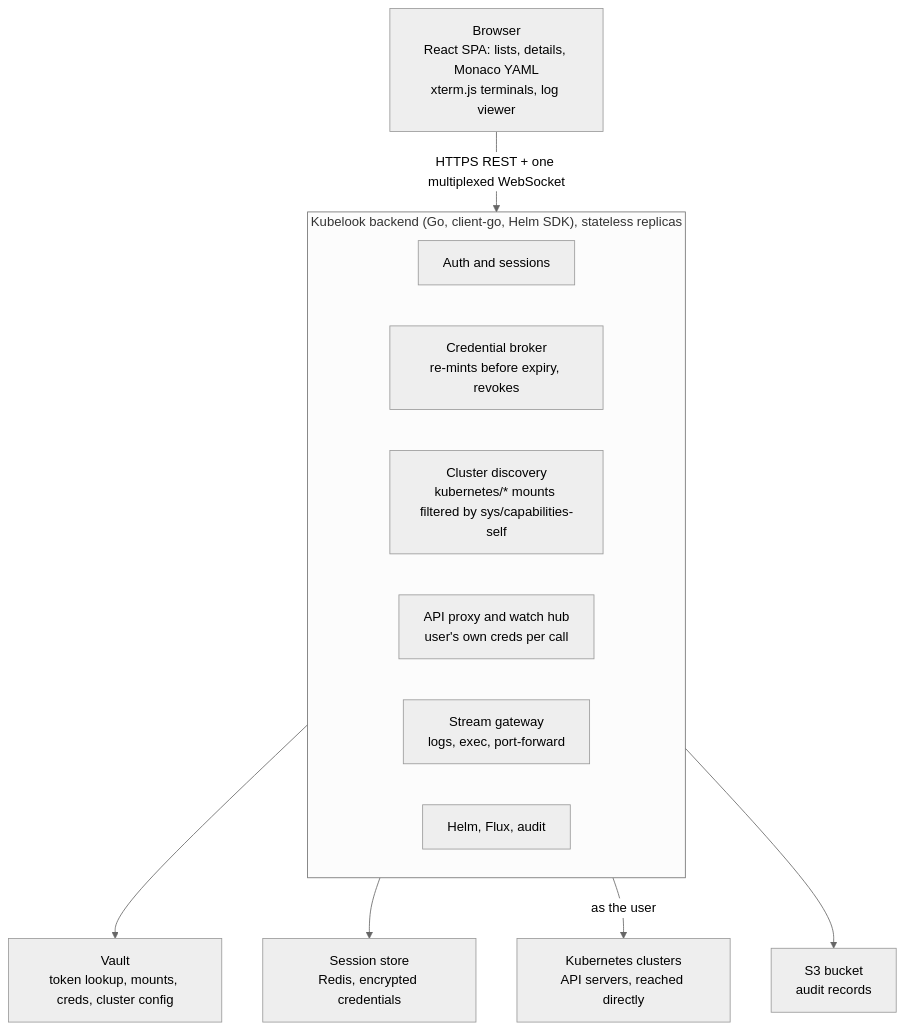
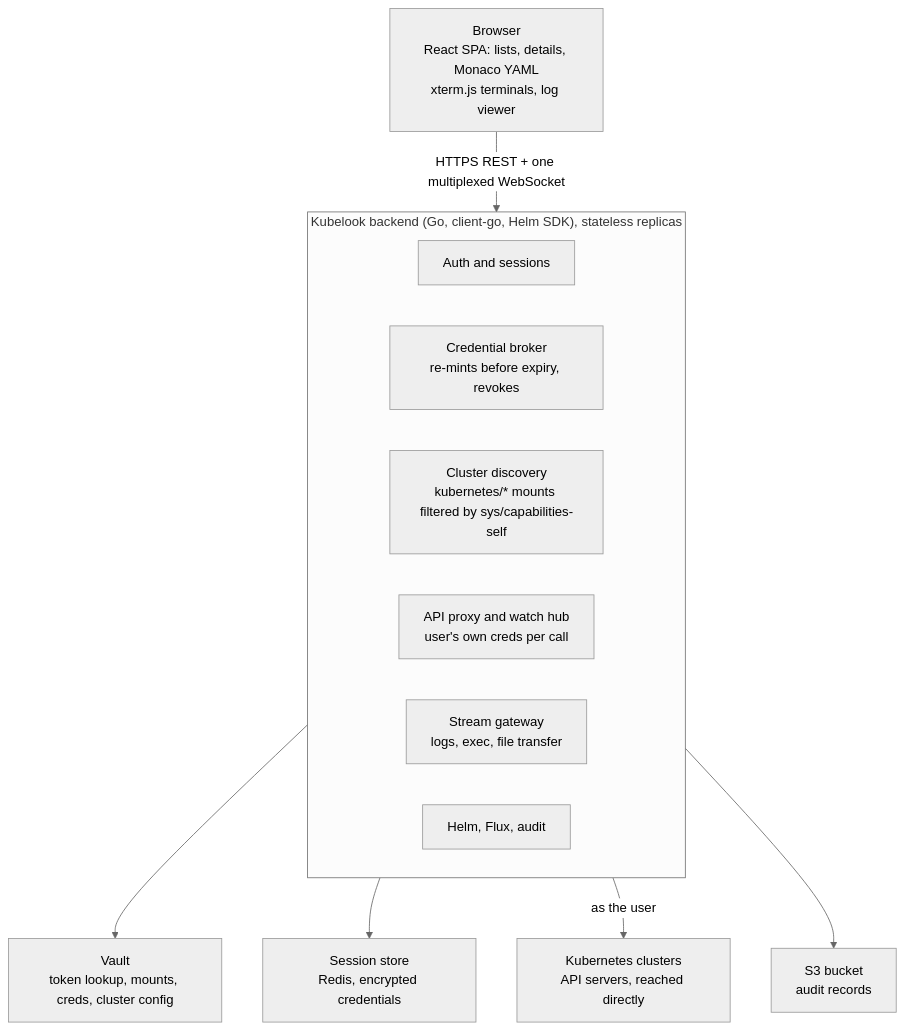
Before and after one commit to bdnix/kubelook: the diagram in docs/spec.md, drawn with Mermaid (neutral theme). The commit also changed other lines of this file and 1 other file, not shown here.

````diff
--- a/docs/spec.md
+++ b/docs/spec.md
@@ -84,21 +88,21 @@
 ```mermaid
 flowchart TB
   browser["Browser<br/>React SPA: lists, details, Monaco YAML<br/>xterm.js terminals, log viewer"]
   subgraph backend["Kubelook backend (Go, client-go, Helm SDK), stateless replicas"]
     auth["Auth and sessions"]
     broker["Credential broker<br/>re-mints before expiry, revokes"]
     discovery["Cluster discovery<br/>kubernetes/* mounts filtered by sys/capabilities-self"]
     proxy["API proxy and watch hub<br/>user's own creds per call"]
-    streams["Stream gateway<br/>logs, exec, port-forward"]
+    streams["Stream gateway<br/>logs, exec, file transfer"]
     ops["Helm, Flux, audit"]
   end
   vault["Vault<br/>token lookup, mounts, creds, cluster config"]
   store["Session store<br/>Redis, encrypted credentials"]
   clusters["Kubernetes clusters<br/>API servers, reached directly"]
   s3["S3 bucket<br/>audit records"]
   browser -- "HTTPS REST + one multiplexed WebSocket" --> backend
   backend --> vault
   backend --> store
   backend -- "as the user" --> clusters
   backend --> s3
 ```
````
